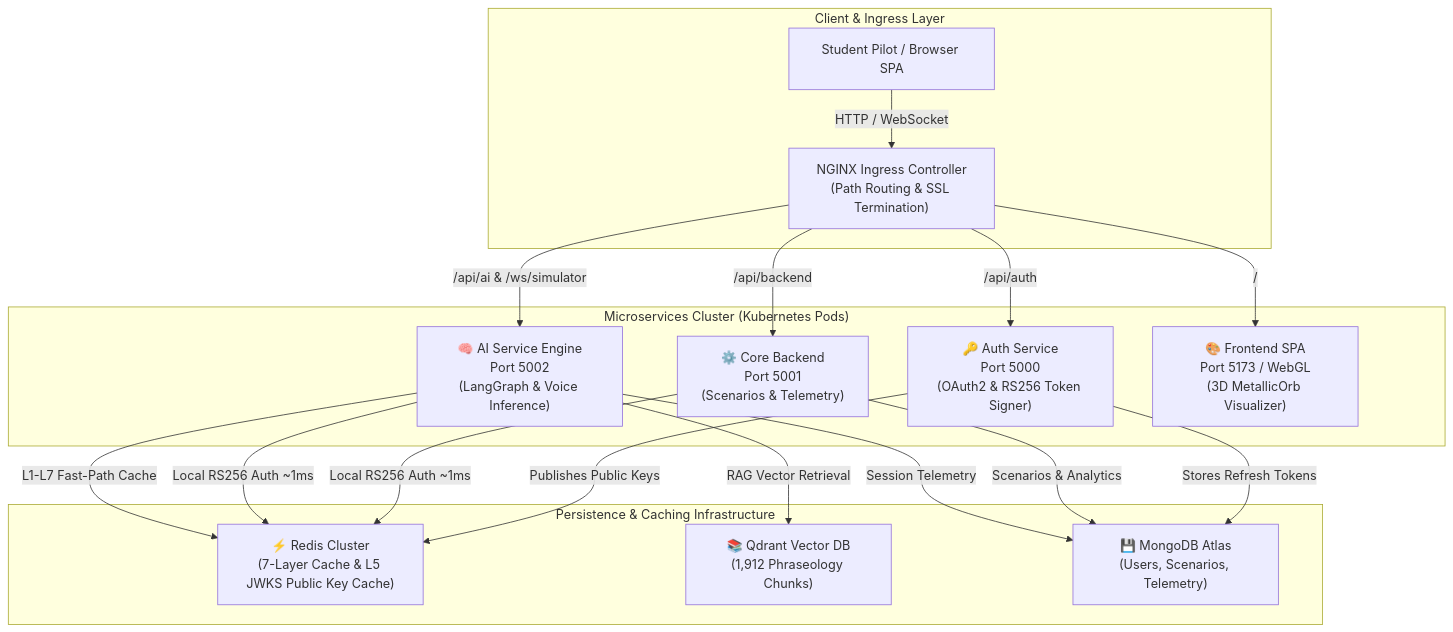
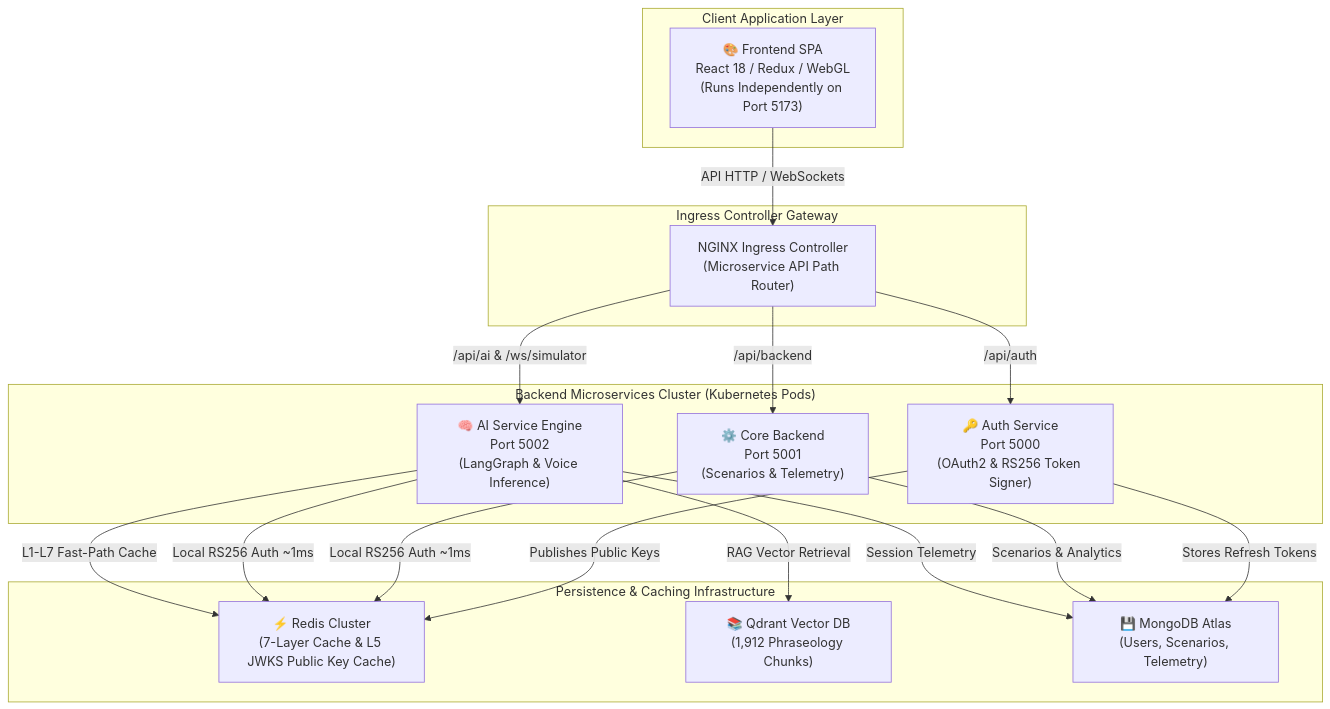
The third of 4 diagrams in README.md (Sahil-coder-30/Flight_Prep_Voice_Agent), drawn with Mermaid before and after one commit. The commit also changed other lines of this file and 1 other file, not shown here.

Commit message:
docs: update architecture diagrams to clarify frontend and ingress layers

````diff
--- a/README.md
+++ b/README.md
@@ -637,37 +638,38 @@
 ```mermaid
 flowchart TD
-    subgraph ClientLayer ["Client & Ingress Layer"]
-        Student["Student Pilot / Browser SPA"]
-        NGINX["NGINX Ingress Controller<br/>(Path Routing & SSL Termination)"]
+    subgraph ClientLayer ["Client Application Layer"]
+        Frontend["🎨 Frontend SPA<br/>React 18 / Redux / WebGL<br/>(Runs Independently on Port 5173)"]
     end
 
-    subgraph Microservices ["Microservices Cluster (Kubernetes Pods)"]
+    subgraph IngressLayer ["Ingress Controller Gateway"]
+        NGINX["NGINX Ingress Controller<br/>(Microservice API Path Router)"]
+    end
+
+    subgraph Microservices ["Backend Microservices Cluster (Kubernetes Pods)"]
         Auth["🔑 Auth Service<br/>Port 5000<br/>(OAuth2 & RS256 Token Signer)"]
         Backend["⚙️ Core Backend<br/>Port 5001<br/>(Scenarios & Telemetry)"]
         AIService["🧠 AI Service Engine<br/>Port 5002<br/>(LangGraph & Voice Inference)"]
-        Frontend["🎨 Frontend SPA<br/>Port 5173 / WebGL<br/>(3D MetallicOrb Visualizer)"]
     end
 
     subgraph DataInfra ["Persistence & Caching Infrastructure"]
         Redis["⚡ Redis Cluster<br/>(7-Layer Cache & L5 JWKS Public Key Cache)"]
         Qdrant["📚 Qdrant Vector DB<br/>(1,912 Phraseology Chunks)"]
         Mongo["💾 MongoDB Atlas<br/>(Users, Scenarios, Telemetry)"]
     end
 
-    Student -->|HTTP / WebSocket| NGINX
+    Frontend -->|API HTTP / WebSockets| NGINX
     NGINX -->|/api/auth| Auth
     NGINX -->|/api/backend| Backend
     NGINX -->|/api/ai & /ws/simulator| AIService
-    NGINX -->|/| Frontend
 
     Auth -->|Stores Refresh Tokens| Mongo
     Auth -->|Publishes Public Keys| Redis
 
     Backend -->|Local RS256 Auth ~1ms| Redis
     Backend -->|Scenarios & Analytics| Mongo
 
     AIService -->|Local RS256 Auth ~1ms| Redis
     AIService -->|L1-L7 Fast-Path Cache| Redis
     AIService -->|RAG Vector Retrieval| Qdrant
     AIService -->|Session Telemetry| Mongo
 ```
````
